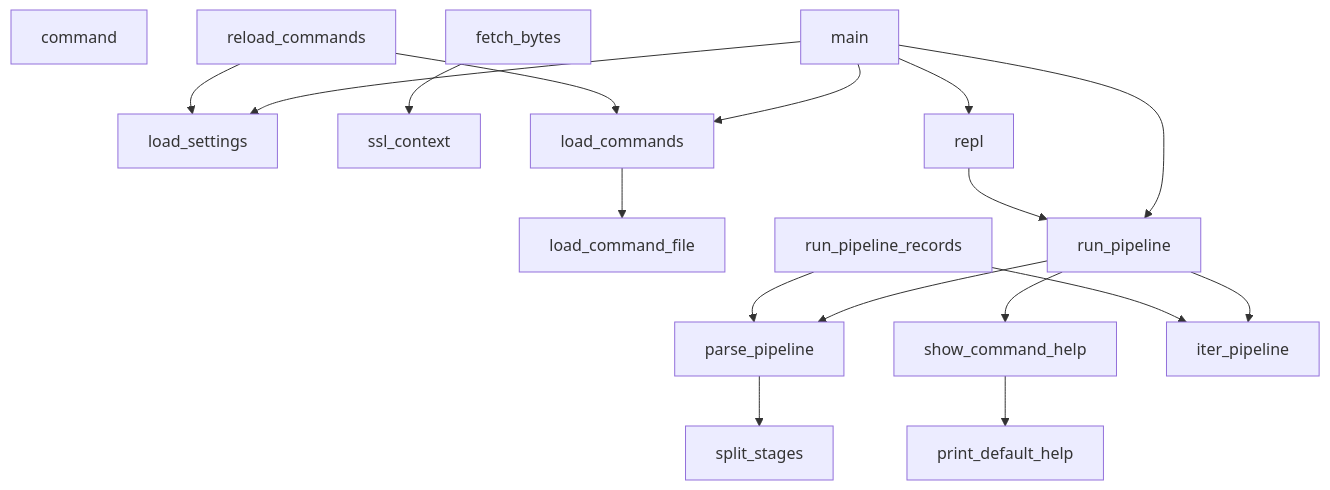
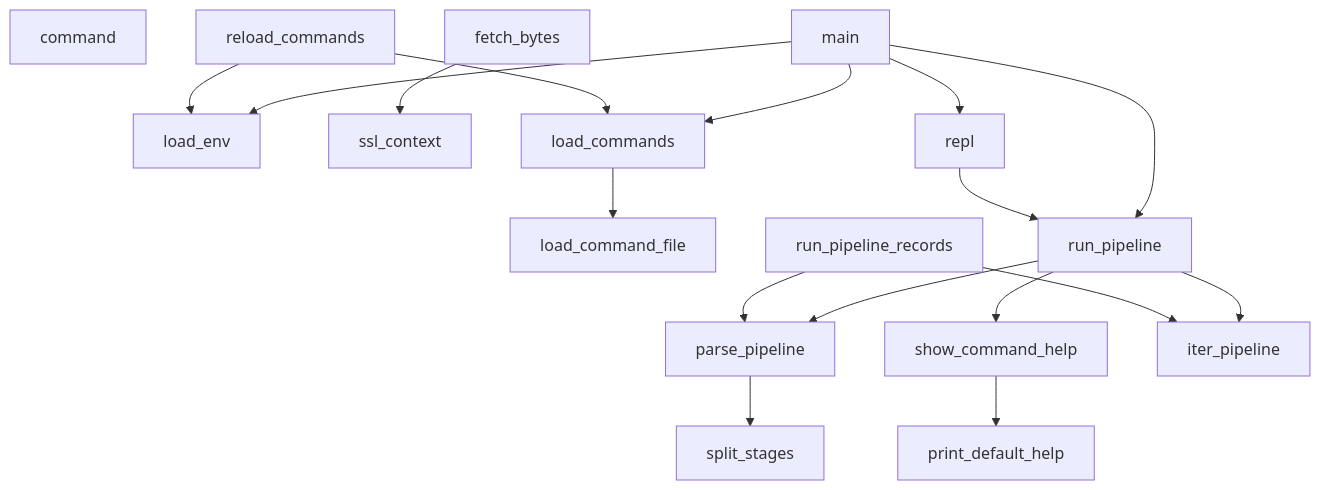
The second of 13 diagrams in skills/callGraph.md (quantrpeter/Open-Shell), drawn with Mermaid before and after one commit. The commit also changed other lines of this file and 6 other files, not shown here.

````diff
--- a/skills/callGraph.md
+++ b/skills/callGraph.md
@@ -215,35 +215,35 @@
 ```mermaid
 flowchart TD
   core_print_default_help["print_default_help"]
   core_show_command_help["show_command_help"]
   core_show_command_help --> core_print_default_help
   core_command["command"]
-  core_load_settings["load_settings"]
+  core_load_env["load_env"]
   core_ssl_context["ssl_context"]
   core_fetch_bytes["fetch_bytes"]
   core_fetch_bytes --> core_ssl_context
   core_load_command_file["load_command_file"]
   core_load_commands["load_commands"]
   core_load_commands --> core_load_command_file
   core_reload_commands["reload_commands"]
-  core_reload_commands --> core_load_settings
+  core_reload_commands --> core_load_env
   core_reload_commands --> core_load_commands
   core_split_stages["split_stages"]
   core_parse_pipeline["parse_pipeline"]
   core_parse_pipeline --> core_split_stages
   core_iter_pipeline["iter_pipeline"]
   core_run_pipeline_records["run_pipeline_records"]
   core_run_pipeline_records --> core_parse_pipeline
   core_run_pipeline_records --> core_iter_pipeline
   core_run_pipeline["run_pipeline"]
   core_run_pipeline --> core_parse_pipeline
   core_run_pipeline --> core_show_command_help
   core_run_pipeline --> core_iter_pipeline
   core_repl["repl"]
   core_repl --> core_run_pipeline
   core_main["main"]
-  core_main --> core_load_settings
+  core_main --> core_load_env
   core_main --> core_load_commands
   core_main --> core_repl
   core_main --> core_run_pipeline
 ```
````
